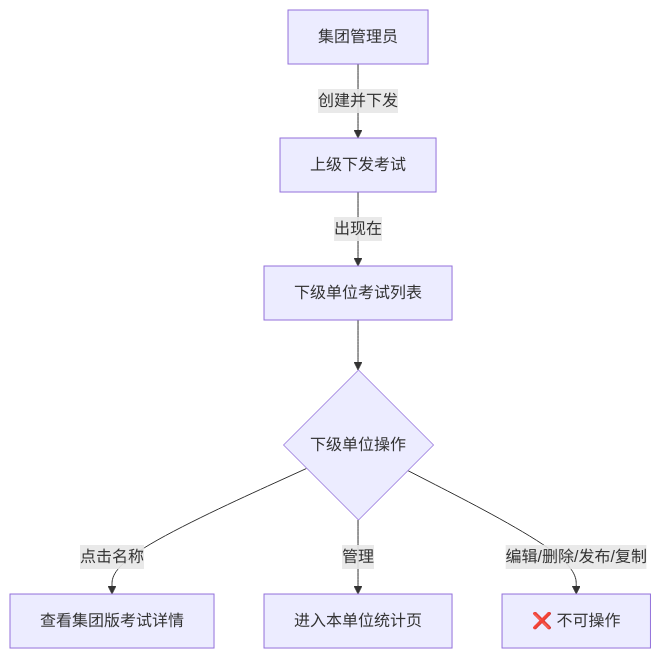
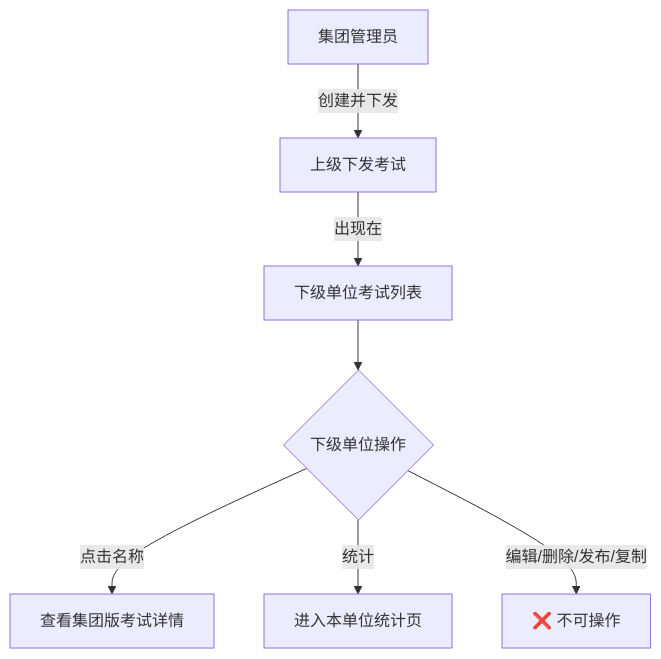
The second of 4 diagrams in prd/考试功能-整体PRD.md (parispang666-ops/exam), drawn with Mermaid before and after one commit. The commit also changed other lines of this file and 24 other files, not shown here.

````diff
--- a/prd/考试功能-整体PRD.md
+++ b/prd/考试功能-整体PRD.md
@@ -162,9 +162,9 @@
 ```mermaid
 flowchart TD
     G[集团管理员] -->|创建并下发| S[上级下发考试]
     S -->|出现在| SU[下级单位考试列表]
     SU --> SU1{下级单位操作}
     SU1 -->|点击名称| SU2[查看集团版考试详情]
-    SU1 -->|管理| SU3[进入本单位统计页]
+    SU1 -->|统计| SU3[进入本单位统计页]
     SU1 -->|编辑/删除/发布/复制| SU4[❌ 不可操作]
 ```
````
